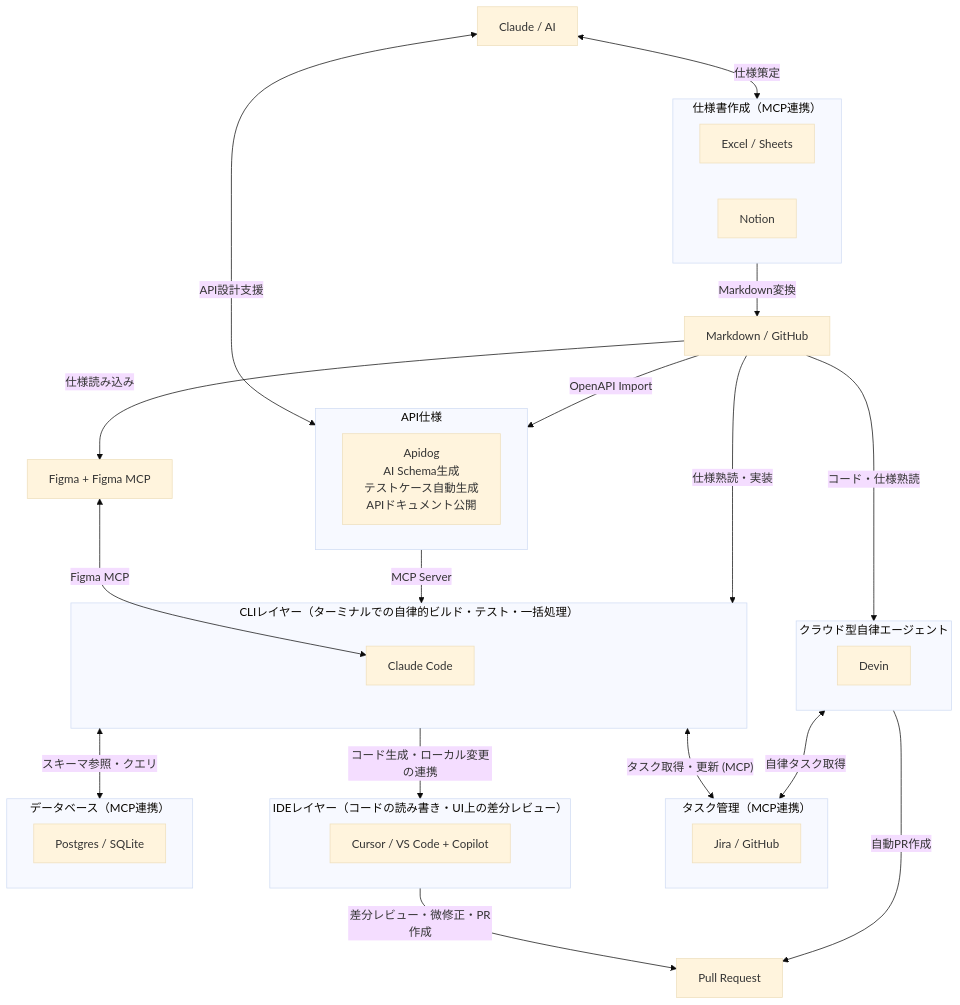
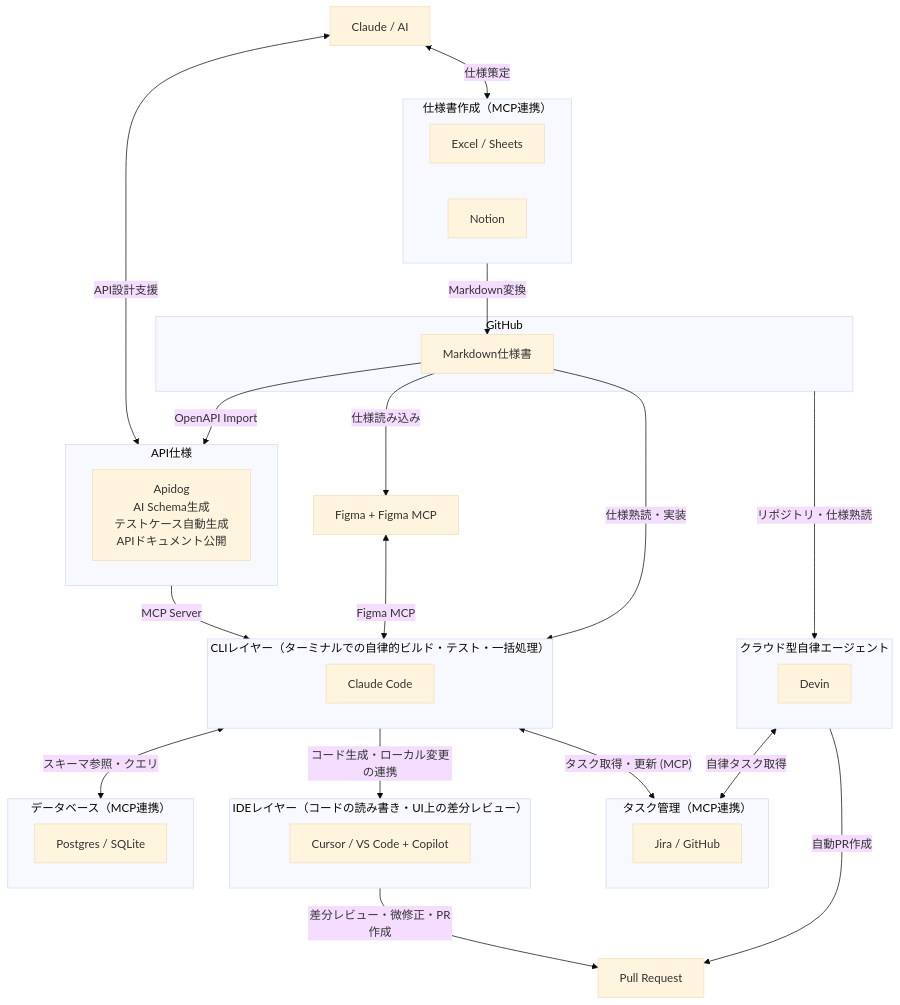
One commit to takuma39/ai changed the first of 20 diagrams in AI駆動開発.md. Above: the diagram before and after it, drawn with Mermaid (base theme).

Commit message:
update: AI駆動開発.mdを更新

````diff
--- a/AI駆動開発.md
+++ b/AI駆動開発.md
@@ -70,52 +70,54 @@
 ```mermaid
 graph TD
     Claude["Claude / AI"]
 
     subgraph specs["仕様書作成（MCP連携）"]
         Excel["Excel / Sheets"]
         NotionTool["Notion"]
     end
 
     subgraph tasks["タスク管理（MCP連携）"]
         Jira["Jira / GitHub"]
     end
 
     subgraph apispec["API仕様"]
         Apidog["Apidog<br/>AI Schema生成<br/>テストケース自動生成<br/>APIドキュメント公開"]
     end
 
-    MD["Markdown / GitHub"]
+    subgraph github["GitHub"]
+        MD["Markdown仕様書"]
+    end
     Figma["Figma + Figma MCP"]
 
     subgraph ide["IDEレイヤー（コードの読み書き・UI上の差分レビュー）"]
         Cursor["Cursor / VS Code + Copilot"]
     end
 
     subgraph cli["CLIレイヤー（ターミナルでの自律的ビルド・テスト・一括処理）"]
         CC["Claude Code"]
     end
 
     subgraph saas_agent["クラウド型自律エージェント"]
         Devin["Devin"]
     end
 
     subgraph database["データベース（MCP連携）"]
         DB["Postgres / SQLite"]
     end
 
     Claude <-->|"仕様策定"| specs
     Claude <-->|"API設計支援"| apispec
     cli <-->|"タスク取得・更新 (MCP)"| tasks
     saas_agent <-->|"自律タスク取得"| tasks
     specs -->|"Markdown変換"| MD
     MD -->|"OpenAPI Import"| apispec
     apispec -->|"MCP Server"| cli
     MD -->|"仕様読み込み"| Figma
-    Figma <-->|"Figma MCP"| CC
+    Figma <-->|"Figma MCP"| cli
     MD -->|"仕様熟読・実装"| cli
-    MD -->|"コード・仕様熟読"| saas_agent
+    github -->|"リポジトリ・仕様熟読"| saas_agent
     cli <-->|"スキーマ参照・クエリ"| database
     cli -->|"コード生成・ローカル変更の連携"| ide
     ide -->|"差分レビュー・微修正・PR作成"| PR["Pull Request"]
     saas_agent -->|"自動PR作成"| PR
 ```
````
